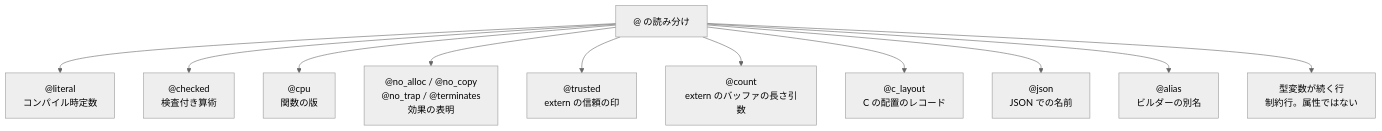
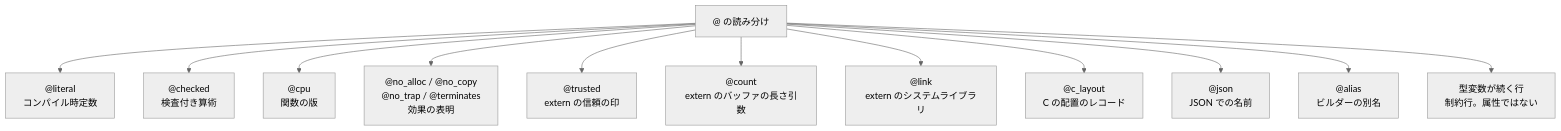
One commit to tatsuya-midorikawa/Tsuzuri changed the diagram in _tsuzuri/language-reference/values-and-functions/attributes.md. Above: the diagram before and after it, drawn with Mermaid (neutral theme). The commit also changed other lines of this file and 25 other files, not shown here.

Commit message:
feat(W17): add per-extern @link system libraries and Windows dllimport [skip ci]

````diff
--- a/_tsuzuri/language-reference/values-and-functions/attributes.md
+++ b/_tsuzuri/language-reference/values-and-functions/attributes.md
@@ -23,14 +24,15 @@
 ```mermaid
 flowchart TD
     at["@ の読み分け"]
     at --> literal["@literal<br/>コンパイル時定数"]
     at --> checked["@checked<br/>検査付き算術"]
     at --> cpu["@cpu<br/>関数の版"]
     at --> effects["@no_alloc / @no_copy<br/>@no_trap / @terminates<br/>効果の表明"]
     at --> trusted["@trusted<br/>extern の信頼の印"]
     at --> count["@count<br/>extern のバッファの長さ引数"]
+    at --> link["@link<br/>extern のシステムライブラリ"]
     at --> clayout["@c_layout<br/>C の配置のレコード"]
     at --> json["@json<br/>JSON での名前"]
     at --> alias["@alias<br/>ビルダーの別名"]
     at --> row["型変数が続く行<br/>制約行。属性ではない"]
 ```
````
